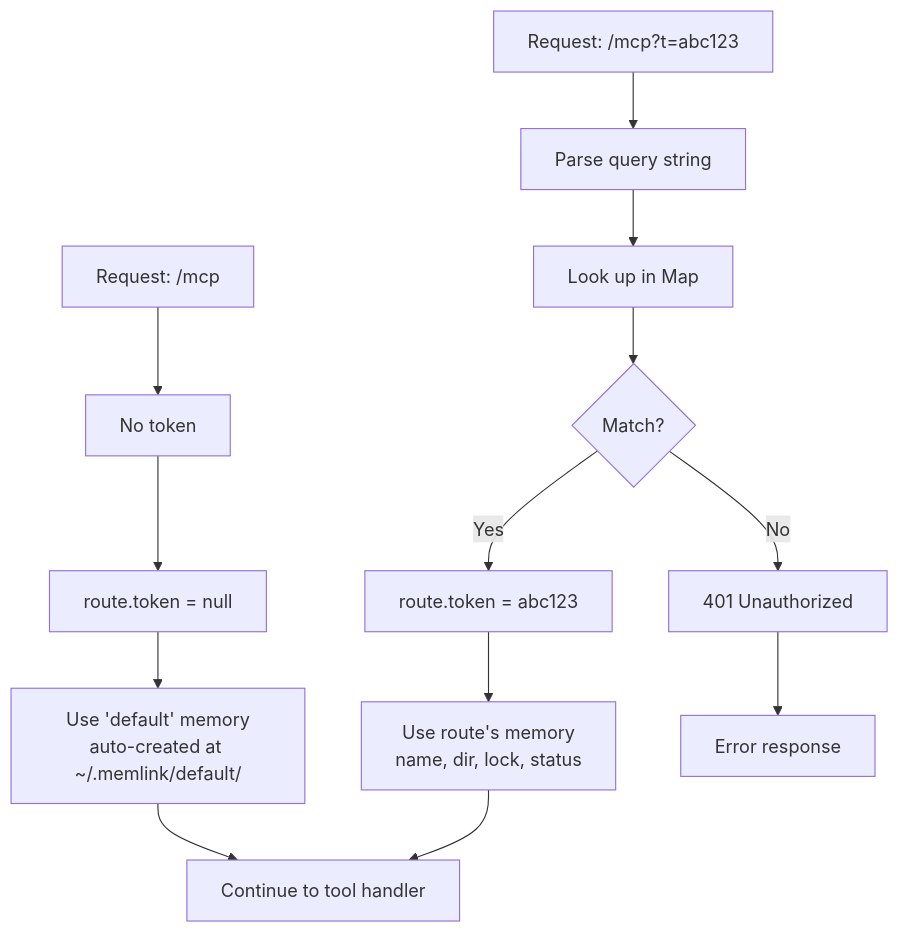
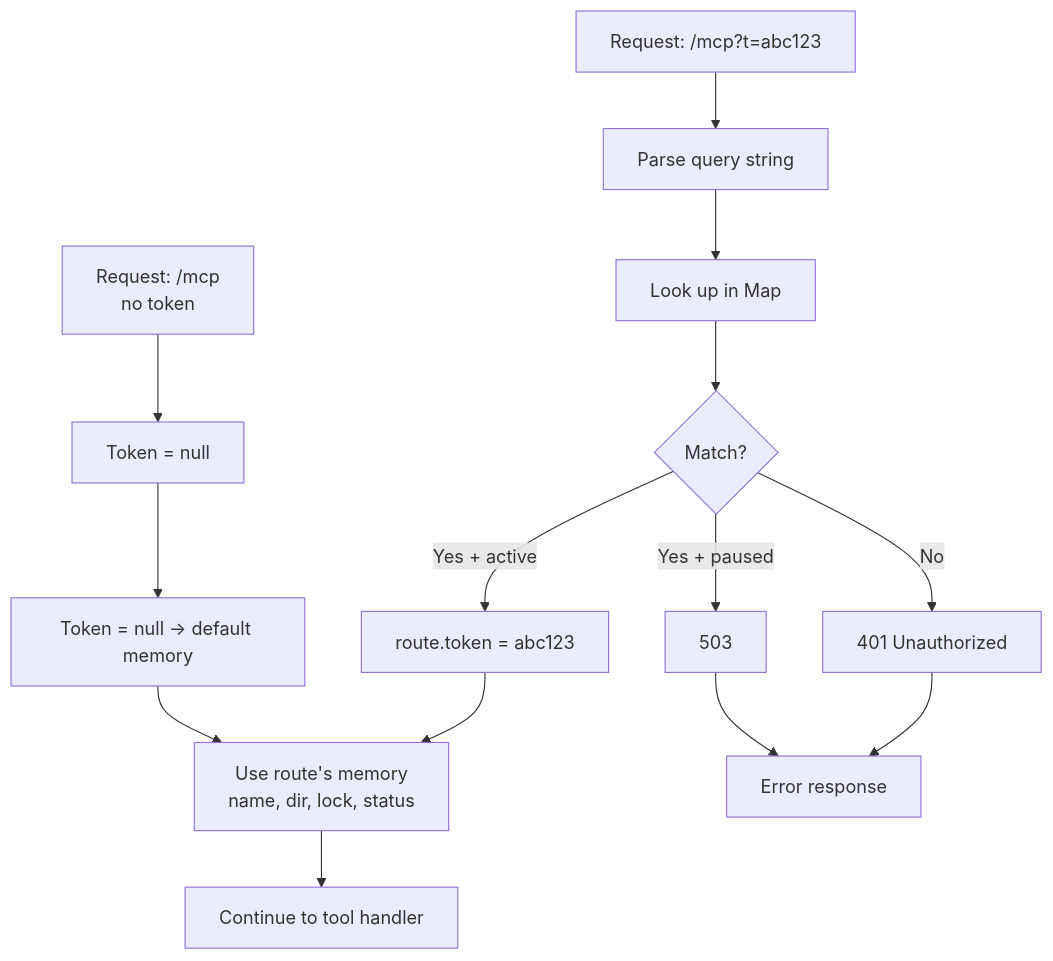
One commit to rblez/memlink changed the second of 2 diagrams in docs/server.md. Above: the diagram before and after it, drawn with Mermaid. The commit also changed other lines of this file and 17 other files, not shown here.

````diff
--- a/docs/server.md
+++ b/docs/server.md
@@ -44,15 +52,16 @@
 ```mermaid
 flowchart TD
     A[Request: /mcp?t=abc123] --> B[Parse query string]
-    A2[Request: /mcp] --> B2[No token]
+    A2[Request: /mcp<br/>no token] --> B2[Token = null]
     B --> C[Look up in Map<token, MemoryRoute>]
     C --> D{Match?}
-    D -->|Yes| E[route.token = abc123]
-    D -->|No| F[401 Unauthorized]
-    B2 --> G[route.token = null]
-    E --> H[Use route's memory<br/>name, dir, lock, status]
-    G --> I[Use 'default' memory<br/>auto-created at ~/.memlink/default/]
-    H --> J[Continue to tool handler]
-    I --> J
+    D -->|Yes + active| E[route.token = abc123]
+    D -->|Yes + paused| F[503]
+    D -->|No| G[401 Unauthorized]
+    B2 --> H[Token = null → default memory]
+    E --> I[Use route's memory<br/>name, dir, lock, status]
+    H --> I
+    I --> J[Continue to tool handler]
     F --> K[Error response]
+    G --> K
 ```
````
